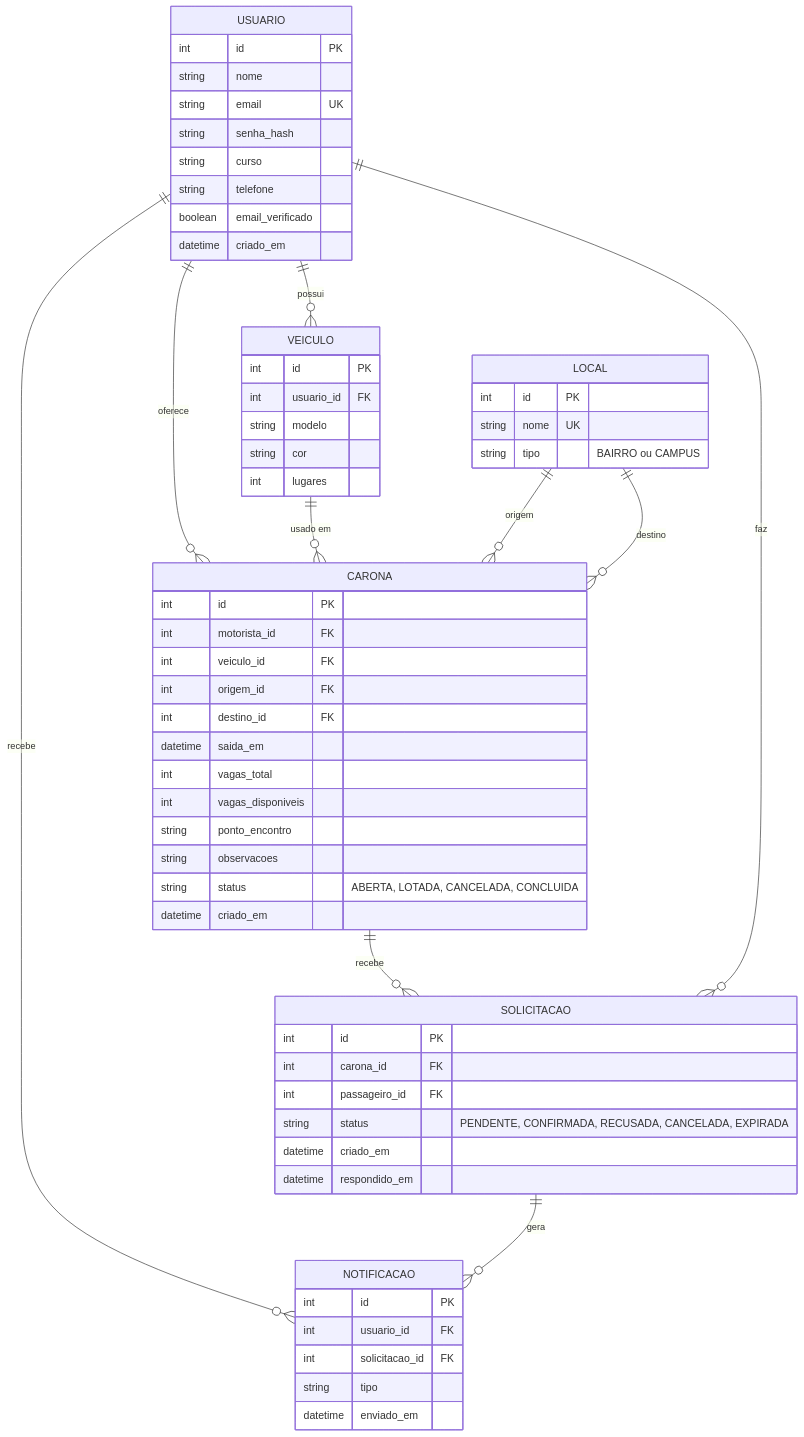
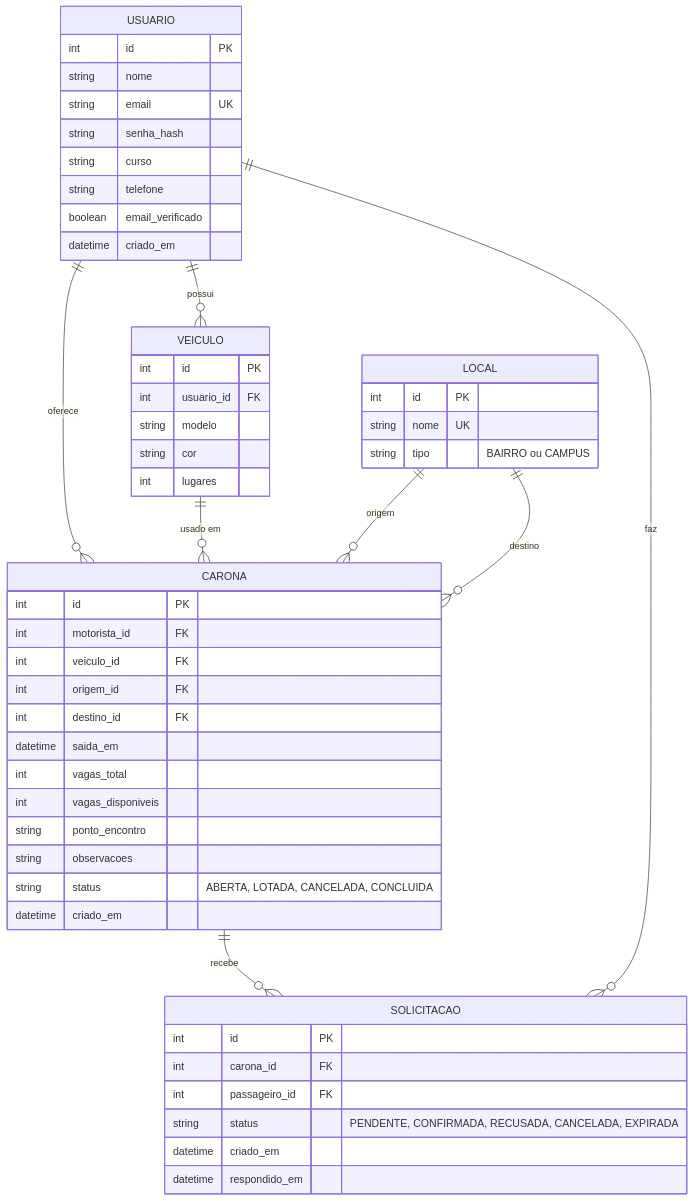
The second of 2 diagrams in README.md (Lusca1337/Caroville), drawn with Mermaid before and after one commit.

Commit message:
Remove NOTIFICACAO entity from README
Removed NOTIFICACAO entity and its relationships from the schema.

````diff
--- a/README.md
+++ b/README.md
@@ -36,64 +36,55 @@
 ```mermaid
 erDiagram
   USUARIO ||--o{ VEICULO : possui
   USUARIO ||--o{ CARONA : oferece
   VEICULO ||--o{ CARONA : "usado em"
   LOCAL ||--o{ CARONA : origem
   LOCAL ||--o{ CARONA : destino
   CARONA ||--o{ SOLICITACAO : recebe
   USUARIO ||--o{ SOLICITACAO : faz
-  USUARIO ||--o{ NOTIFICACAO : recebe
-  SOLICITACAO ||--o{ NOTIFICACAO : gera
 
   USUARIO {
     int id PK
     string nome
     string email UK
     string senha_hash
     string curso
     string telefone
     boolean email_verificado
     datetime criado_em
   }
   VEICULO {
     int id PK
     int usuario_id FK
     string modelo
     string cor
     int lugares
   }
   LOCAL {
     int id PK
     string nome UK
     string tipo "BAIRRO ou CAMPUS"
   }
   CARONA {
     int id PK
     int motorista_id FK
     int veiculo_id FK
     int origem_id FK
     int destino_id FK
     datetime saida_em
     int vagas_total
     int vagas_disponiveis
     string ponto_encontro
     string observacoes
     string status "ABERTA, LOTADA, CANCELADA, CONCLUIDA"
     datetime criado_em
   }
   SOLICITACAO {
     int id PK
     int carona_id FK
     int passageiro_id FK
     string status "PENDENTE, CONFIRMADA, RECUSADA, CANCELADA, EXPIRADA"
     datetime criado_em
     datetime respondido_em
   }
-  NOTIFICACAO {
-    int id PK
-    int usuario_id FK
-    int solicitacao_id FK
-    string tipo
-    datetime enviado_em
-  }
 ```
````
